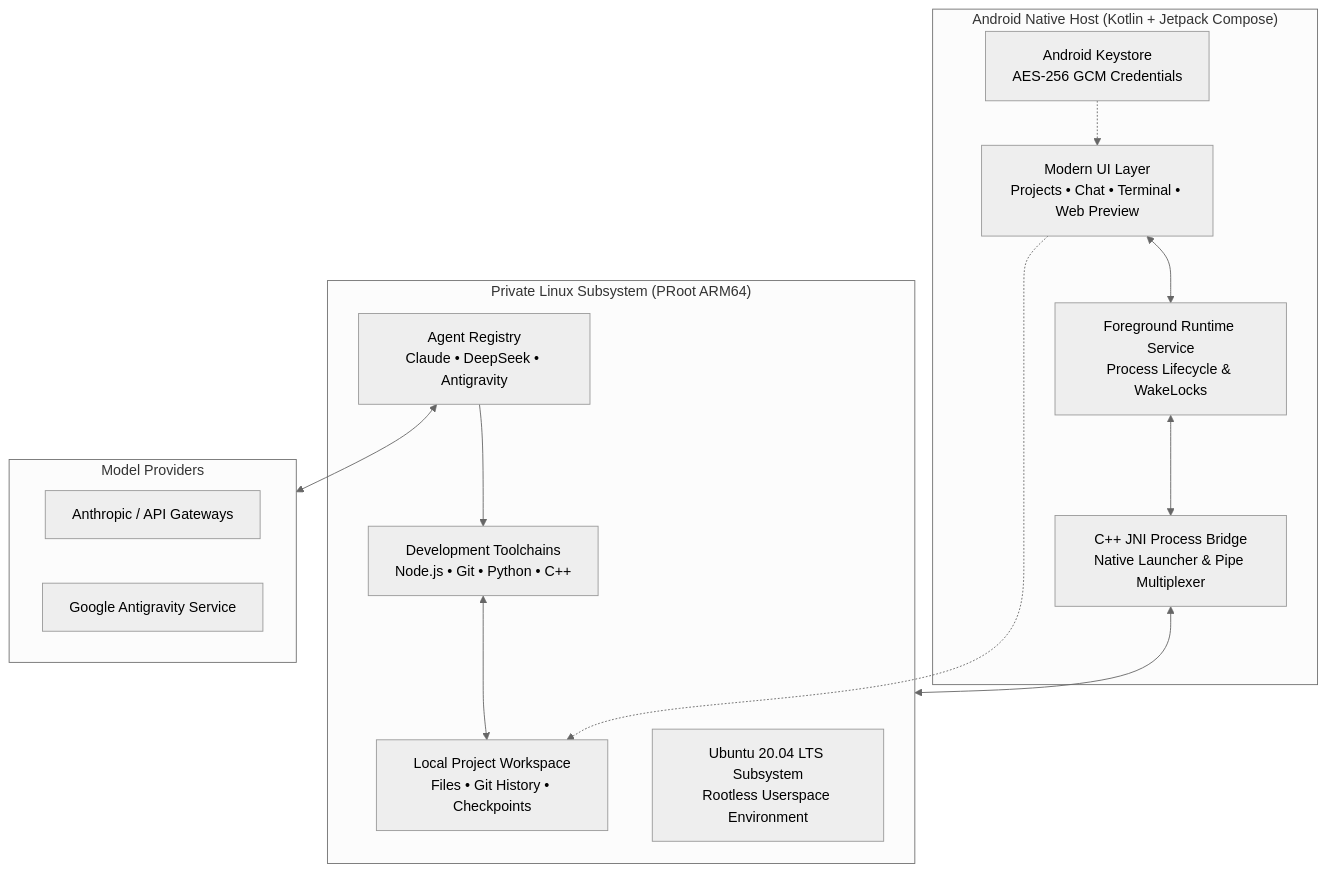
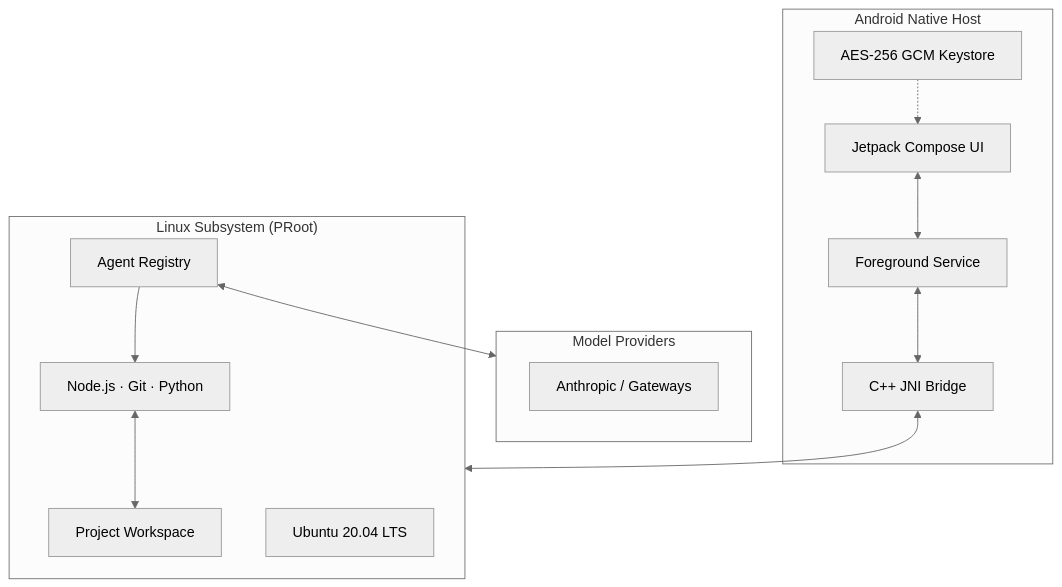
The diagram in README.md (sufiyan-sabeel/Cmf-ai-coding-agent), drawn with Mermaid (neutral theme) before and after one commit. The commit also changed other lines of this file and 2 other files, not shown here.

````diff
--- a/README.md
+++ b/README.md
@@ -201,30 +203,28 @@
 ```mermaid
 flowchart TB
-    subgraph Host[" Android Native Host (Kotlin + Jetpack Compose) "]
-        UI["Modern UI Layer<br/>Projects • Chat • Terminal • Web Preview"]
-        Service["Foreground Runtime Service<br/>Process Lifecycle & WakeLocks"]
-        Keystore["Android Keystore<br/>AES-256 GCM Credentials"]
-        Bridge["C++ JNI Process Bridge<br/>Native Launcher & Pipe Multiplexer"]
+    subgraph Host["Android Native Host"]
+        UI["Jetpack Compose UI"]
+        Service["Foreground Service"]
+        Keystore["AES-256 GCM Keystore"]
+        Bridge["C++ JNI Bridge"]
     end
 
-    subgraph Subsystem[" Private Linux Subsystem (PRoot ARM64) "]
-        Ubuntu["Ubuntu 20.04 LTS Subsystem<br/>Rootless Userspace Environment"]
-        Agent["Agent Registry<br/>Claude • DeepSeek • Antigravity"]
-        Tools["Development Toolchains<br/>Node.js • Git • Python • C++"]
-        Workspace["Local Project Workspace<br/>Files • Git History • Checkpoints"]
+    subgraph Subsystem["Linux Subsystem (PRoot)"]
+        Ubuntu["Ubuntu 20.04 LTS"]
+        Agent["Agent Registry"]
+        Tools["Node.js · Git · Python"]
+        Workspace["Project Workspace"]
     end
 
-    subgraph Cloud[" Model Providers "]
-        Anthropic["Anthropic / API Gateways"]
-        Gateways["Google Antigravity Service"]
+    subgraph Cloud["Model Providers"]
+        Anthropic["Anthropic / Gateways"]
     end
 
     UI <--> Service
     Service <--> Bridge
     Bridge <--> Subsystem
     Keystore -.-> UI
     Agent <--> Cloud
     Agent --> Tools
     Tools <--> Workspace
-    UI -.-> Workspace
 ```
````
